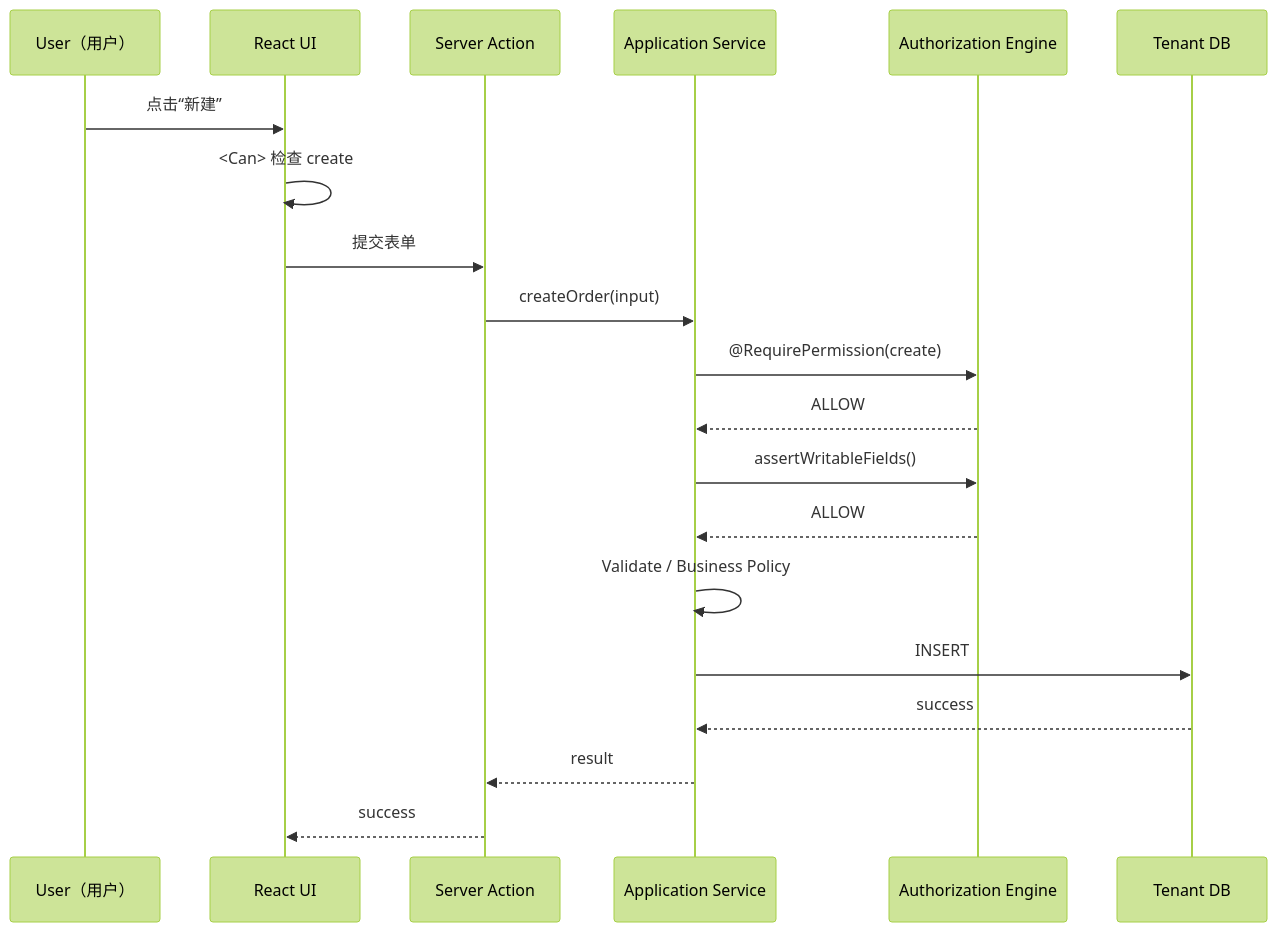
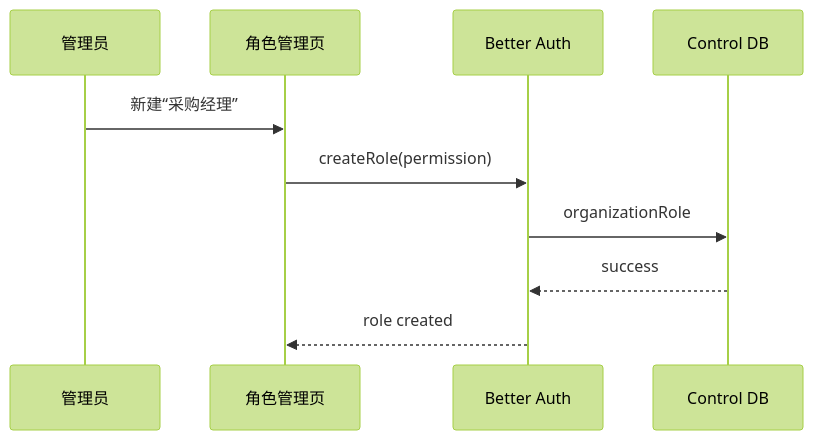
One commit to leohu25/ActivityReservation changed the second of 3 diagrams in docs/Permission_Flow_and_Pseudocode_Guide.md. Above: the diagram before and after it, drawn with Mermaid (forest theme). The commit also changed other lines of this file and 53 other files, not shown here.

````diff
--- a/docs/Permission_Flow_and_Pseudocode_Guide.md
+++ b/docs/Permission_Flow_and_Pseudocode_Guide.md
@@ -1584,23 +125,13 @@
 ```mermaid
 sequenceDiagram
-    participant U as User（用户）
-    participant UI as React UI
-    participant SA as Server Action
-    participant AS as Application Service
-    participant AZ as Authorization Engine
-    participant DB as Tenant DB
+    participant A as 管理员
+    participant UI as 角色管理页
+    participant BA as Better Auth
+    participant DB as Control DB
 
-    U->>UI: 点击“新建”
-    UI->>UI: <Can> 检查 create
-    UI->>SA: 提交表单
-    SA->>AS: createOrder(input)
-    AS->>AZ: @RequirePermission(create)
-    AZ-->>AS: ALLOW
-    AS->>AZ: assertWritableFields()
-    AZ-->>AS: ALLOW
-    AS->>AS: Validate / Business Policy
-    AS->>DB: INSERT
-    DB-->>AS: success
-    AS-->>SA: result
-    SA-->>UI: success
+    A->>UI: 新建“采购经理”
+    UI->>BA: createRole(permission)
+    BA->>DB: organizationRole
+    DB-->>BA: success
+    BA-->>UI: role created
 ```
````
